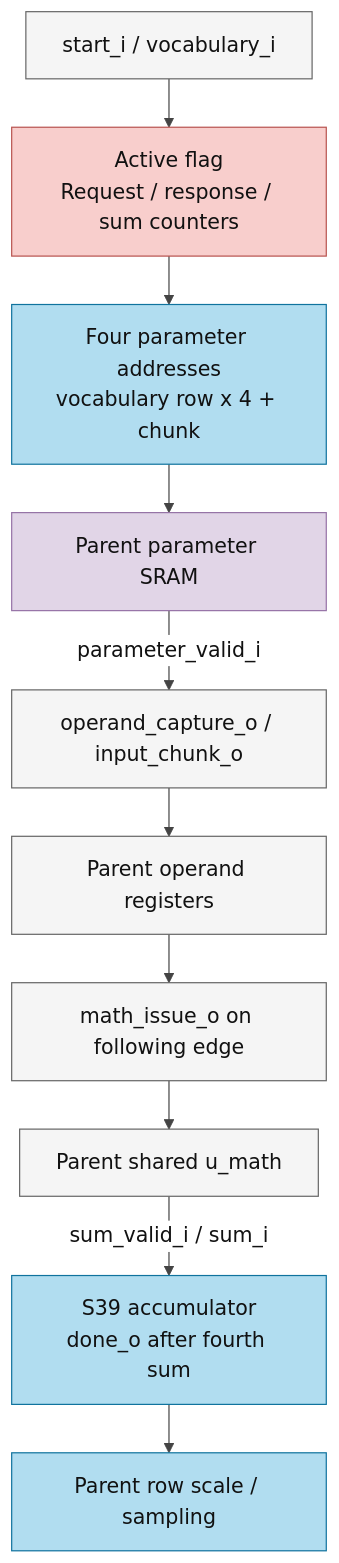
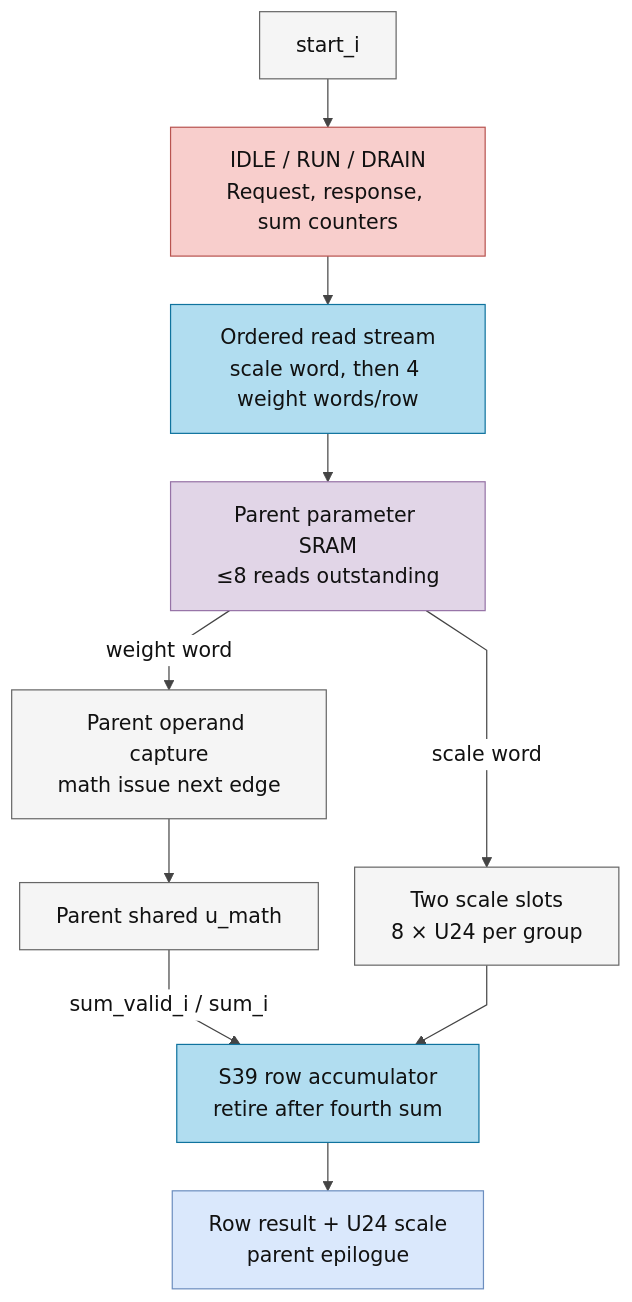
One commit to nguyennhutkhanhtom/NPU changed the diagram in docs/source_guide/blocks/llm_head_engine.sv.md. Above: the diagram before and after it, drawn with Mermaid. The commit also changed other lines of this file and 119 other files, not shown here.

````diff
--- a/docs/source_guide/blocks/llm_head_engine.sv.md
+++ b/docs/source_guide/blocks/llm_head_engine.sv.md
@@ -16,43 +18,44 @@
 ```mermaid
 %%{init: {
   "theme": "base",
   "themeVariables": {
     "background": "#ffffff",
     "primaryTextColor": "#111111",
     "secondaryTextColor": "#111111",
     "tertiaryTextColor": "#111111",
     "lineColor": "#444444",
     "clusterBkg": "#ffffff",
     "clusterBorder": "#aaaaaa",
     "edgeLabelBackground": "#ffffff",
     "fontSize": "17px"
   },
   "flowchart": {
     "curve": "linear",
     "nodeSpacing": 30,
     "rankSpacing": 40,
     "htmlLabels": true,
     "useMaxWidth": true
   }
 }}%%
 flowchart TB
- S["start_i / vocabulary_i"] --> C["Active flag<br/>Request / response / sum counters"]
- C --> P["Four parameter addresses<br/>vocabulary row x 4 + chunk"]
- P --> M["Parent parameter SRAM"]
- M -->|"parameter_valid_i"| O["operand_capture_o / input_chunk_o"]
- O --> R["Parent operand registers"]
- R --> Q["math_issue_o on following edge"]
- Q --> SIMD["Parent shared u_math"]
- SIMD -->|"sum_valid_i / sum_i"| A["S39 accumulator<br/>done_o after fourth sum"]
- A --> OUT["Parent row scale / sampling"]
+ S["start_i"] --> C["IDLE / RUN / DRAIN<br/>Request, response, sum counters"]
+ C --> P["Ordered read stream<br/>scale word, then 4 weight words/row"]
+ P --> M["Parent parameter SRAM<br/>≤8 reads outstanding"]
+ M -->|"scale word"| SC["Two scale slots<br/>8 × U24 per group"]
+ M -->|"weight word"| O["Parent operand capture<br/>math issue next edge"]
+ O --> SIMD["Parent shared u_math"]
+ SIMD -->|"sum_valid_i / sum_i"| A["S39 row accumulator<br/>retire after fourth sum"]
+ SC --> A
+ A --> OUT["Row result + U24 scale<br/>parent epilogue"]
 classDef control fill:#f8cecc,stroke:#b85450,color:#111111;
 classDef interface fill:#fff2cc,stroke:#d6b656,color:#111111;
 classDef buffer fill:#f5f5f5,stroke:#666666,color:#111111;
 classDef compute fill:#b1ddf0,stroke:#10739e,color:#111111;
 classDef output fill:#dae8fc,stroke:#6c8ebf,color:#111111;
 classDef platform fill:#e1d5e7,stroke:#9673a6,color:#111111;
 class C control;
-class S,O,R,Q,SIMD buffer;
-class P,A,OUT compute;
+class S,O,SIMD,SC buffer;
+class P,A compute;
+class OUT output;
 class M platform;
 ```
````
